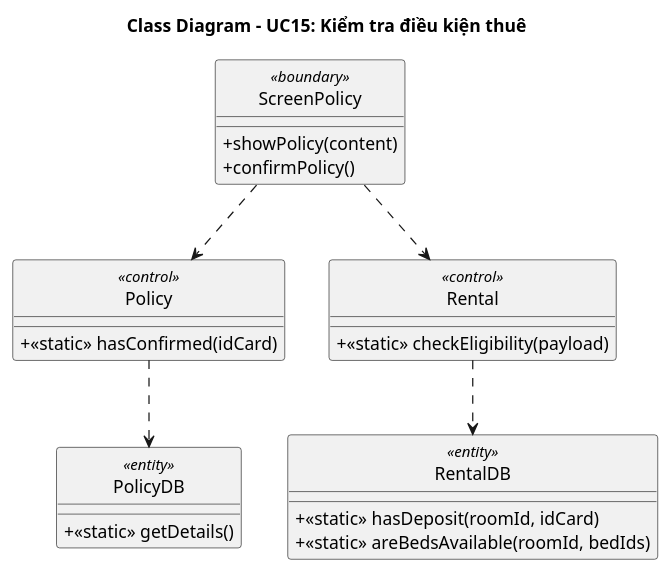
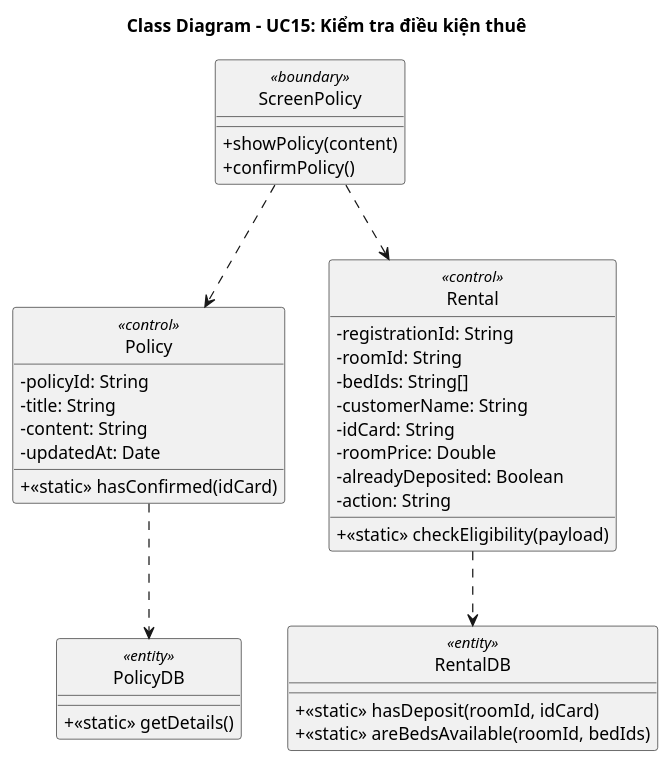
Before and after one commit to Gnourt812005/HCMUS-Analyze-and-desgin-IS: the diagram in doc/system/kiem_tra_dieu_kien_thue/KiemTraDieuKienThue_ClassDiagram.wsd, drawn with PlantUML. The commit also changed 3 other files, not shown here.

Commit message:
bao/class diagram: fix class diagram

```diff
--- a/doc/system/kiem_tra_dieu_kien_thue/KiemTraDieuKienThue_ClassDiagram.wsd
+++ b/doc/system/kiem_tra_dieu_kien_thue/KiemTraDieuKienThue_ClassDiagram.wsd
@@ -1,35 +1,47 @@
 @startuml KiemTraDieuKienThue_ClassDiagram
 skinparam classAttributeIconSize 0
 skinparam style strictuml
 title Class Diagram - UC15: Kiểm tra điều kiện thuê
 
 ' --- BOUNDARY LAYER ---
 class "ScreenPolicy" as ScreenPolicy <<boundary>> {
     + showPolicy(content)
     + confirmPolicy()
 }
 
 ' --- BUSINESS LAYER ---
 class "Policy" as Policy <<control>> {
+    - policyId: String
+    - title: String
+    - content: String
+    - updatedAt: Date
     + <<static>> hasConfirmed(idCard)
 }
 
 class "Rental" as Rental <<control>> {
+    - registrationId: String
+    - roomId: String
+    - bedIds: String[]
+    - customerName: String
+    - idCard: String
+    - roomPrice: Double
+    - alreadyDeposited: Boolean
+    - action: String
     + <<static>> checkEligibility(payload)
 }
 
 ' --- DATABASE LAYER ---
 class "PolicyDB" as PolicyDB <<entity>> {
     + <<static>> getDetails()
 }
 class "RentalDB" as RentalDB <<entity>> {
     + <<static>> hasDeposit(roomId, idCard)
     + <<static>> areBedsAvailable(roomId, bedIds)
 }
 
 "ScreenPolicy" ..> "Policy"
 "ScreenPolicy" ..> "Rental"
 "Rental" ..> "RentalDB"
 "Policy" ..> "PolicyDB"
 
 @enduml
```
